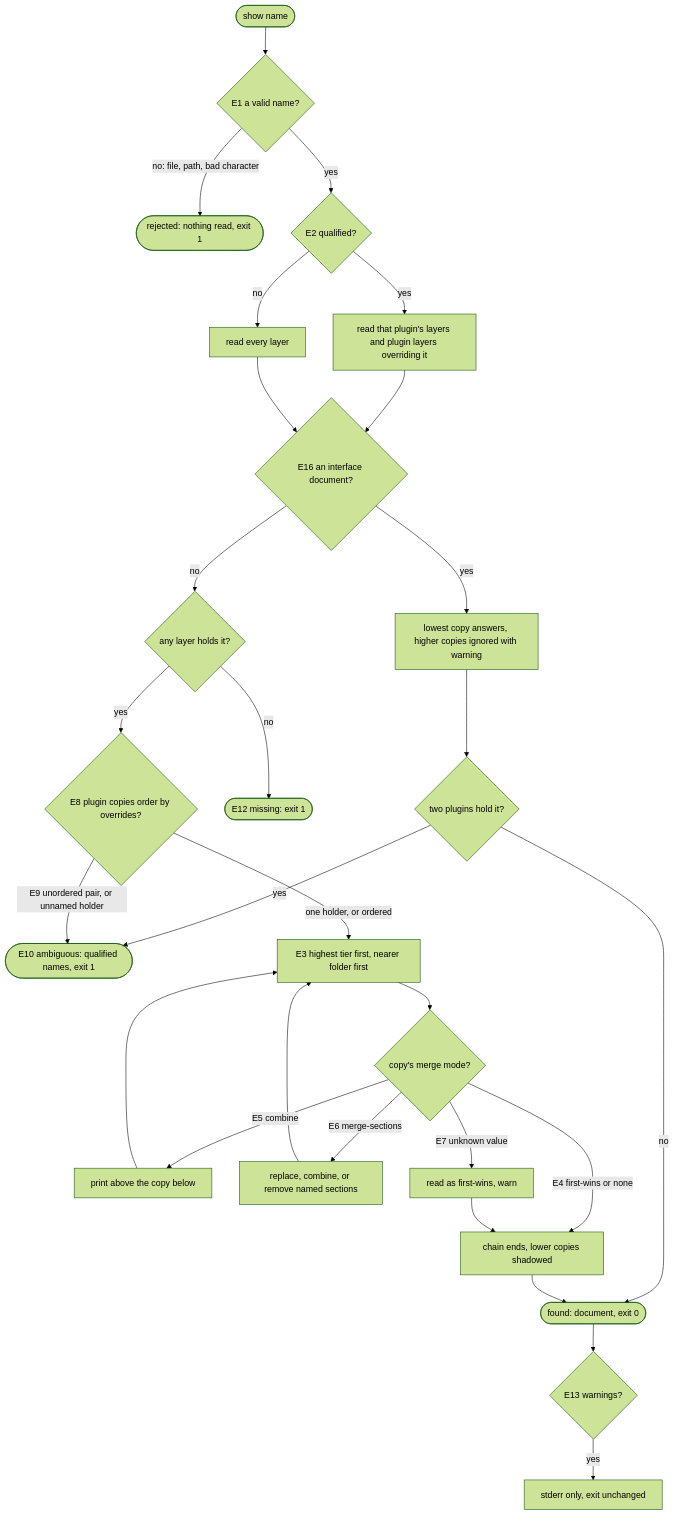
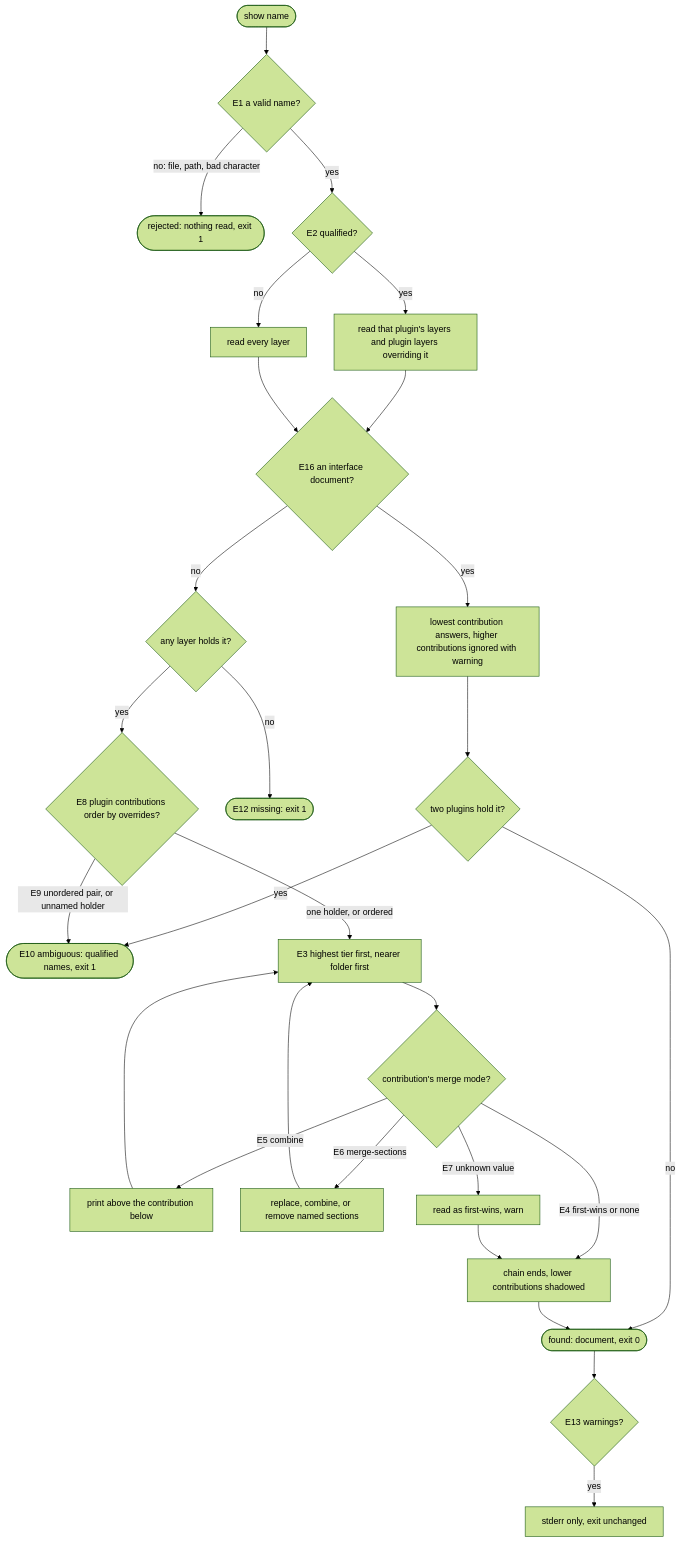
The first of 2 diagrams in packages/agent-kit/.agents/spec/reference/graph.md (cyber-uni/cyber-agentkit), drawn with Mermaid (forest theme) before and after one commit. The commit also changed other lines of this file and 1 other file, not shown here.

First line of the commit message:
docs: rename copy to contribution and caller to consumer in the reference spec

````diff
--- a/packages/agent-kit/.agents/spec/reference/graph.md
+++ b/packages/agent-kit/.agents/spec/reference/graph.md
@@ -5,30 +5,30 @@
 ```mermaid
 flowchart TD
   start([show name]) --> valid{E1 a valid name?}
   valid -->|no: file, path, bad character| reject([rejected: nothing read, exit 1])
   valid -->|yes| qual{E2 qualified?}
   qual -->|yes| pinned[read that plugin's layers and plugin layers overriding it]
   qual -->|no| all[read every layer]
   pinned --> iface
   all --> iface{E16 an interface document?}
-  iface -->|yes| lowest[lowest copy answers, higher copies ignored with warning]
+  iface -->|yes| lowest[lowest contribution answers, higher contributions ignored with warning]
   lowest --> plugins2{two plugins hold it?}
   plugins2 -->|yes| ambiguous
   plugins2 -->|no| found
   iface -->|no| held{any layer holds it?}
   held -->|no| missing([E12 missing: exit 1])
-  held -->|yes| order{E8 plugin copies order by overrides?}
+  held -->|yes| order{E8 plugin contributions order by overrides?}
   order -->|one holder, or ordered| chain
   order -->|E9 unordered pair, or unnamed holder| ambiguous([E10 ambiguous: qualified names, exit 1])
-  chain[E3 highest tier first, nearer folder first] --> mode{copy's merge mode?}
-  mode -->|E4 first-wins or none| stop[chain ends, lower copies shadowed]
-  mode -->|E5 combine| stack[print above the copy below]
+  chain[E3 highest tier first, nearer folder first] --> mode{contribution's merge mode?}
+  mode -->|E4 first-wins or none| stop[chain ends, lower contributions shadowed]
+  mode -->|E5 combine| stack[print above the contribution below]
   mode -->|E6 merge-sections| sections[replace, combine, or remove named sections]
   mode -->|E7 unknown value| warnfw[read as first-wins, warn]
   stack --> chain
   sections --> chain
   warnfw --> stop
   stop --> found([found: document, exit 0])
   found --> warn{E13 warnings?}
   warn -->|yes| stderr[stderr only, exit unchanged]
 ```
````
